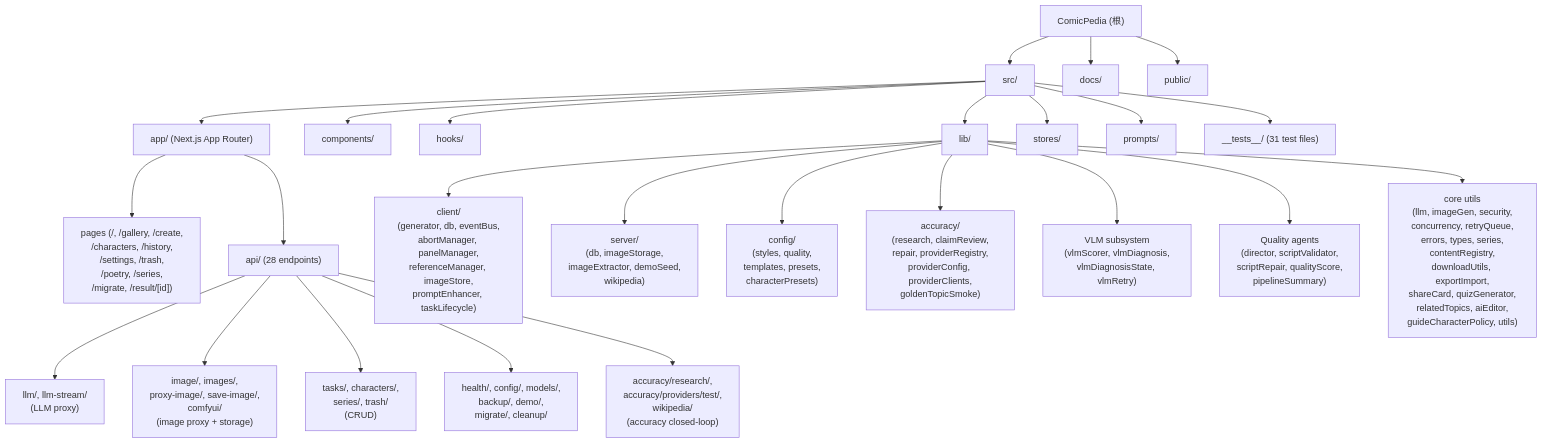
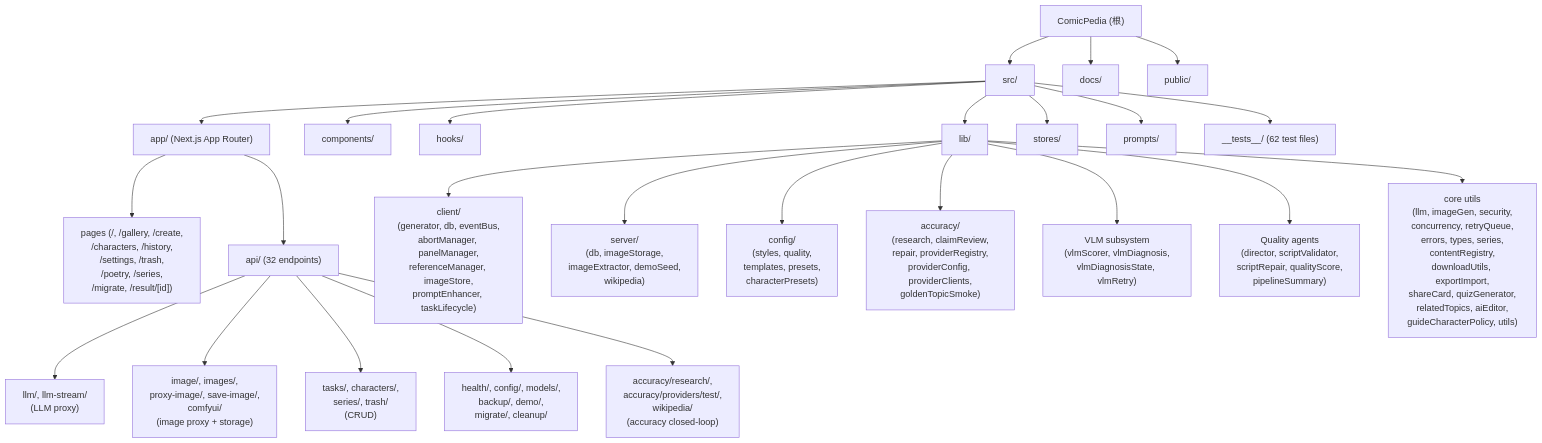
One commit to hechangjia/ComicPedia changed the diagram in CLAUDE.md. Above: the diagram before and after it, drawn with Mermaid. The commit also changed other lines of this file, not shown here.

````diff
--- a/CLAUDE.md
+++ b/CLAUDE.md
@@ -88,31 +89,31 @@
 ```mermaid
 graph TD
     ROOT["ComicPedia (根)"] --> SRC["src/"]
     ROOT --> DOCS["docs/"]
     ROOT --> PUBLIC["public/"]
 
     SRC --> APP["app/ (Next.js App Router)"]
     SRC --> COMP["components/"]
     SRC --> HOOKS["hooks/"]
     SRC --> LIB["lib/"]
     SRC --> STORES["stores/"]
     SRC --> PROMPTS["prompts/"]
-    SRC --> TESTS["__tests__/ (31 test files)"]
+    SRC --> TESTS["__tests__/ (62 test files)"]
 
     APP --> PAGES["pages (/, /gallery, /create,\n/characters, /history,\n/settings, /trash,\n/poetry, /series,\n/migrate, /result/[id])"]
-    APP --> API["api/ (28 endpoints)"]
+    APP --> API["api/ (32 endpoints)"]
 
     API --> API_LLM["llm/, llm-stream/\n(LLM proxy)"]
     API --> API_IMG["image/, images/,\nproxy-image/, save-image/,\ncomfyui/\n(image proxy + storage)"]
     API --> API_CRUD["tasks/, characters/,\nseries/, trash/\n(CRUD)"]
     API --> API_SYS["health/, config/, models/,\nbackup/, demo/,\nmigrate/, cleanup/"]
     API --> API_ACCURACY["accuracy/research/,\naccuracy/providers/test/,\nwikipedia/\n(accuracy closed-loop)"]
 
     LIB --> CLIENT["client/\n(generator, db, eventBus,\nabortManager, panelManager,\nreferenceManager, imageStore,\npromptEnhancer, taskLifecycle)"]
     LIB --> SERVER["server/\n(db, imageStorage,\nimageExtractor, demoSeed,\nwikipedia)"]
     LIB --> CONFIG["config/\n(styles, quality,\ntemplates, presets,\ncharacterPresets)"]
     LIB --> ACCURACY["accuracy/\n(research, claimReview,\nrepair, providerRegistry,\nproviderConfig, providerClients,\ngoldenTopicSmoke)"]
     LIB --> VLM["VLM subsystem\n(vlmScorer, vlmDiagnosis,\nvlmDiagnosisState, vlmRetry)"]
     LIB --> QUALITY["Quality agents\n(director, scriptValidator,\nscriptRepair, qualityScore,\npipelineSummary)"]
     LIB --> CORE["core utils\n(llm, imageGen, security,\nconcurrency, retryQueue,\nerrors, types, series,\ncontentRegistry,\ndownloadUtils, exportImport,\nshareCard, quizGenerator,\nrelatedTopics, aiEditor,\nguideCharacterPolicy, utils)"]
 ```
````
